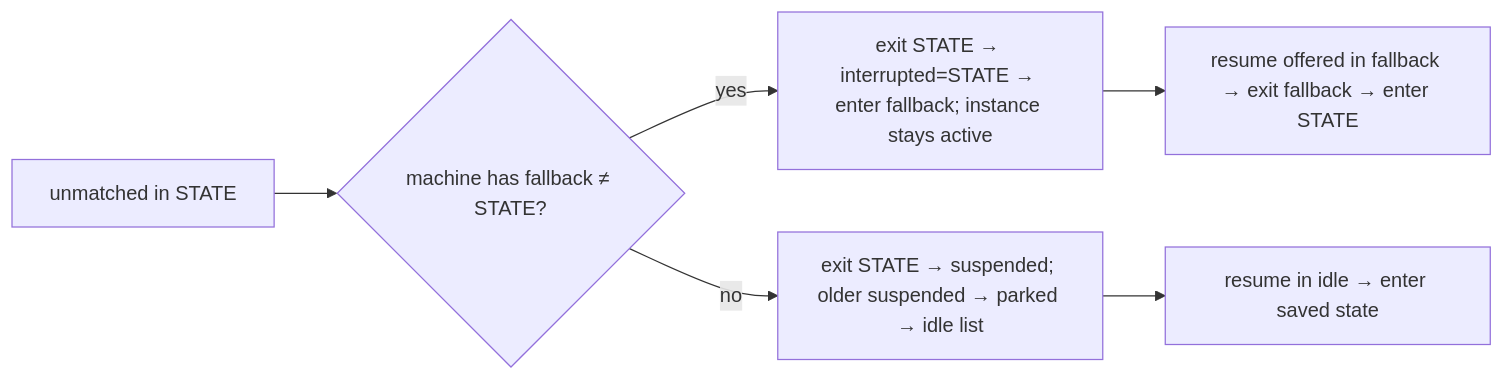
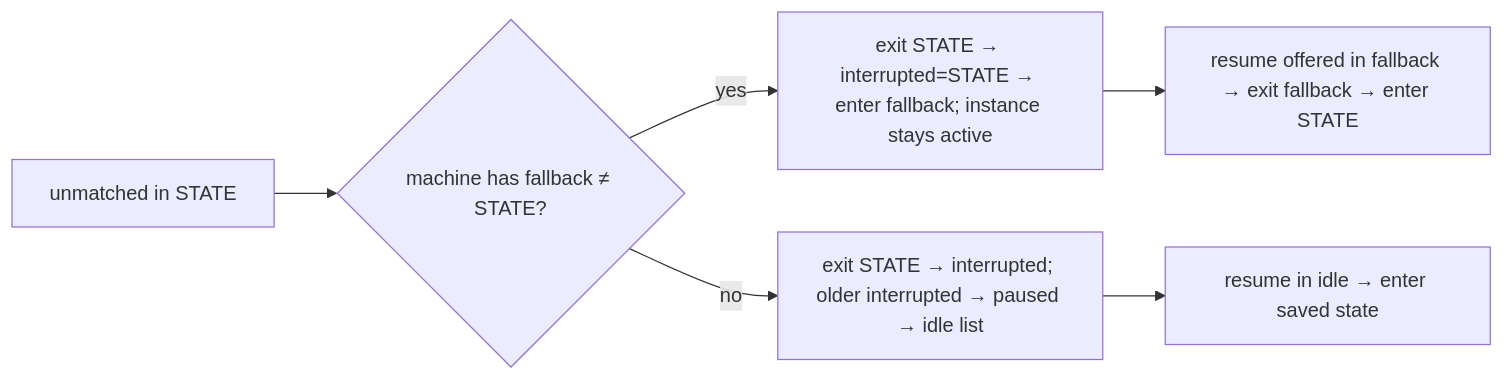
The second of 2 diagrams in .zen/specs/DESIGN-IDLE-idle.md (six5536/sllm), drawn with Mermaid before and after one commit. The commit also changed other lines of this file and 22 other files, not shown here.

````diff
--- a/.zen/specs/DESIGN-IDLE-idle.md
+++ b/.zen/specs/DESIGN-IDLE-idle.md
@@ -33,8 +33,8 @@
 ```mermaid
 flowchart LR
     U[unmatched in STATE] --> FB{machine has fallback ≠ STATE?}
     FB -- yes --> FS[exit STATE → interrupted=STATE → enter fallback; instance stays active]
     FS --> RS[resume offered in fallback → exit fallback → enter STATE]
-    FB -- no --> SUS[exit STATE → suspended; older suspended → parked → idle list]
+    FB -- no --> SUS[exit STATE → interrupted; older interrupted → paused → idle list]
     SUS --> IR[resume in idle → enter saved state]
 ```
````
